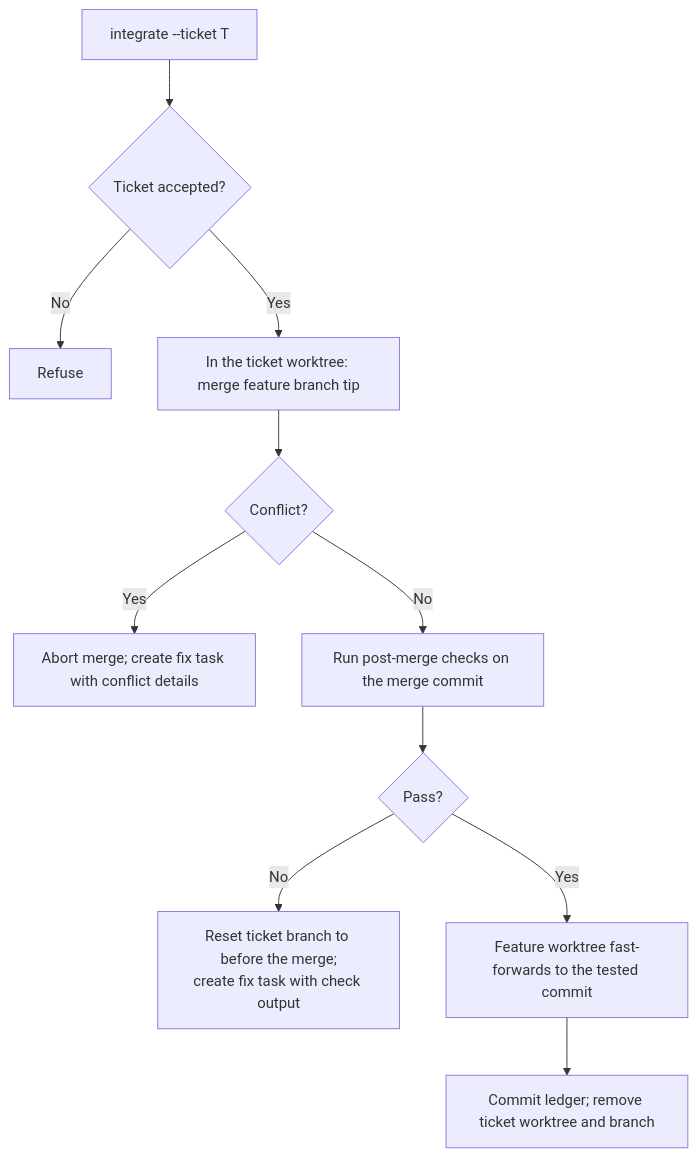
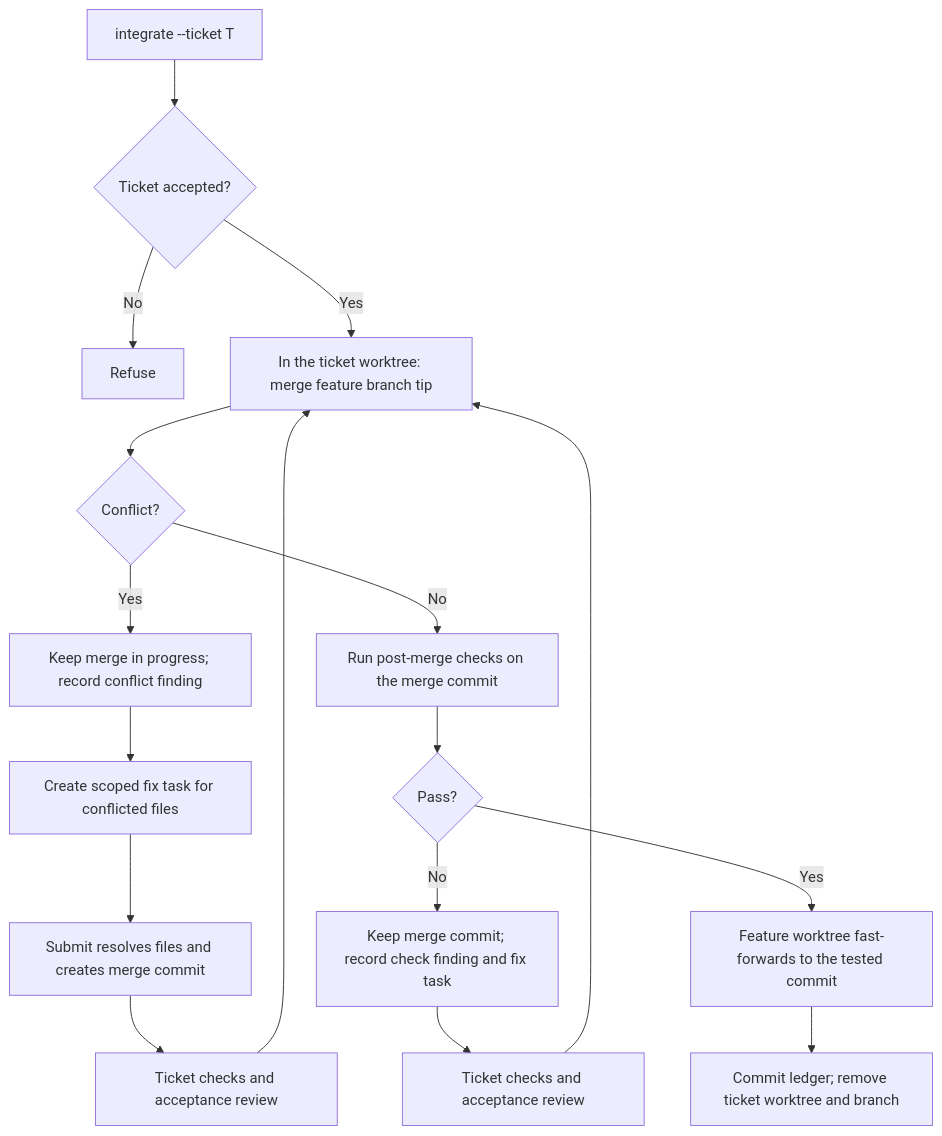
Before and after one commit to UseTheFork/spindle: the sixth of 7 diagrams in SDD-WORKFLOWS.md, drawn with Mermaid. The commit also changed other lines of this file, not shown here.

Commit message:
feat: enhance SDD workflows with detailed task and ticket definitions

````diff
--- a/SDD-WORKFLOWS.md
+++ b/SDD-WORKFLOWS.md
@@ -221,13 +308,19 @@
 ```mermaid
 flowchart TD
     A["integrate --ticket T"] --> B{"Ticket accepted?"}
     B -->|"No"| Z["Refuse"]
     B -->|"Yes"| C["In the ticket worktree: merge feature branch tip"]
     C --> D{"Conflict?"}
-    D -->|"Yes"| E["Abort merge; create fix task with conflict details"]
-    D -->|"No"| F["Run post-merge checks on the merge commit"]
-    F --> G{"Pass?"}
-    G -->|"No"| H["Reset ticket branch to before the merge;<br/>create fix task with check output"]
-    G -->|"Yes"| I["Feature worktree fast-forwards to the tested commit"]
-    I --> J["Commit ledger; remove ticket worktree and branch"]
+    D -->|"Yes"| E["Keep merge in progress; record conflict finding"]
+    E --> F["Create scoped fix task for conflicted files"]
+    F --> G["Submit resolves files and creates merge commit"]
+    G --> H["Ticket checks and acceptance review"]
+    H --> C
+    D -->|"No"| I["Run post-merge checks on the merge commit"]
+    I --> J{"Pass?"}
+    J -->|"No"| K["Keep merge commit; record check finding and fix task"]
+    K --> L["Ticket checks and acceptance review"]
+    L --> C
+    J -->|"Yes"| M["Feature worktree fast-forwards to the tested commit"]
+    M --> N["Commit ledger; remove ticket worktree and branch"]
 ```
````
